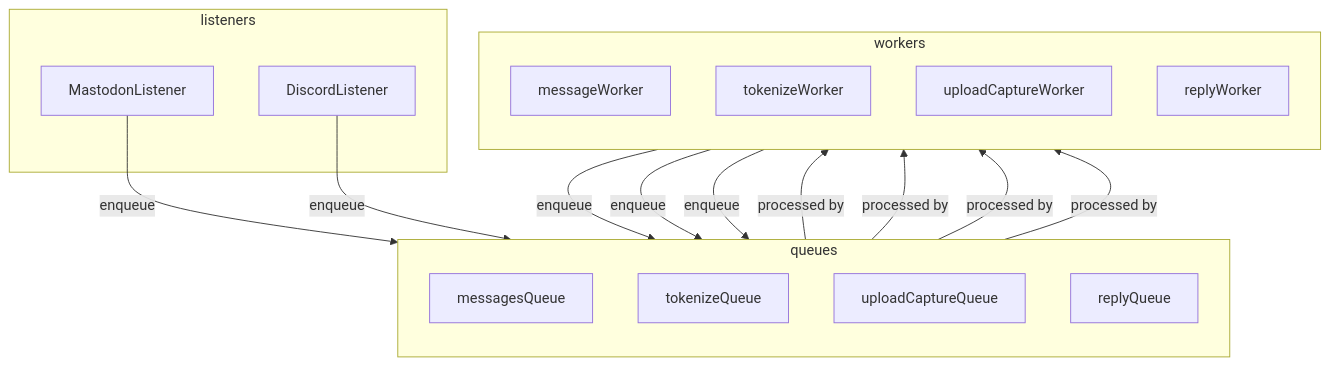
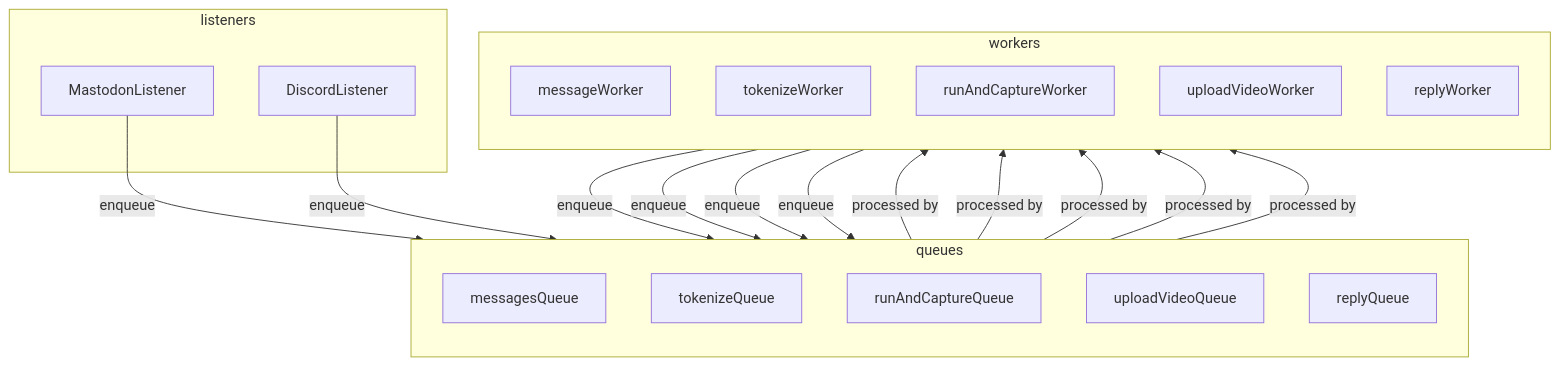
Before and after one commit to riney/real-c64-bot: the diagram in README.md, drawn with Mermaid.

````diff
--- a/README.md
+++ b/README.md
@@ -24,33 +24,37 @@
 ```mermaid 
 flowchart
     subgraph queues
         direction TB
 
         messagesQueue
         tokenizeQueue
-        uploadCaptureQueue
+        runAndCaptureQueue
+        uploadVideoQueue
         replyQueue
     end
 
     subgraph listeners
         MastodonListener -- enqueue --> messagesQueue
         DiscordListener -- enqueue --> messagesQueue
     end
     
     subgraph workers
         direction TB
 
         messageWorker
         tokenizeWorker 
-        uploadCaptureWorker
+        runAndCaptureWorker
+        uploadVideoWorker
         replyWorker
 
         messagesQueue -- processed by --> messageWorker
         messageWorker -- enqueue --> tokenizeQueue
         tokenizeQueue -- processed by --> tokenizeWorker
-        tokenizeWorker -- enqueue --> uploadCaptureQueue
-        uploadCaptureQueue -- processed by --> uploadCaptureWorker
-        uploadCaptureWorker -- enqueue --> replyQueue
+        tokenizeWorker -- enqueue --> runAndCaptureQueue
+        runAndCaptureQueue -- processed by --> runAndCaptureWorker
+        runAndCaptureWorker -- enqueue --> uploadVideoQueue
+        uploadVideoQueue -- processed by --> uploadVideoWorker
+        uploadVideoWorker -- enqueue --> replyQueue
         replyQueue -- processed by --> replyWorker
     end
 ```
````
